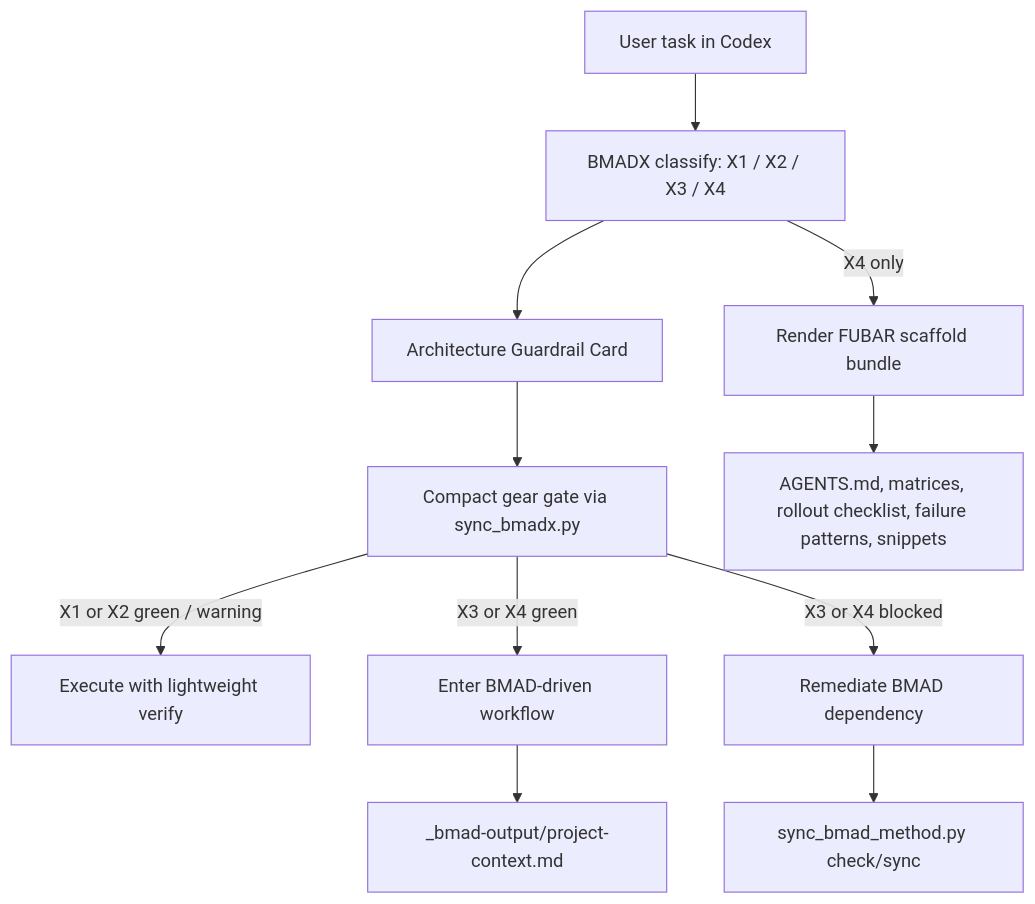
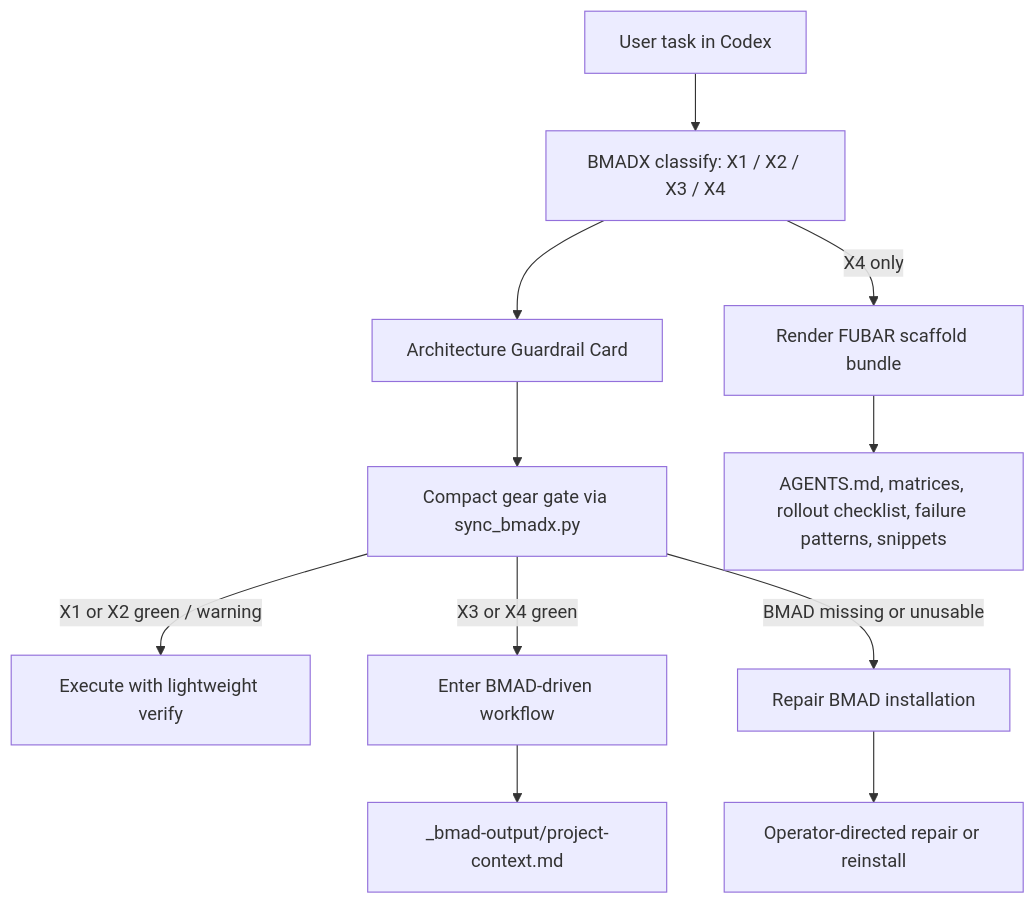
One commit to pdurlej/BMADX changed the diagram in docs/architecture.md. Above: the diagram before and after it, drawn with Mermaid. The commit also changed other lines of this file and 12 other files, not shown here.

First line of the commit message:
Make BMAD dependency preflight read-only (#9)

````diff
--- a/docs/architecture.md
+++ b/docs/architecture.md
@@ -21,13 +21,13 @@
 ```mermaid
 flowchart TD
     U["User task in Codex"] --> C["BMADX classify: X1 / X2 / X3 / X4"]
     C --> AC["Architecture Guardrail Card"]
     AC --> G["Compact gear gate via sync_bmadx.py"]
     G -->|X1 or X2 green / warning| E["Execute with lightweight verify"]
     G -->|X3 or X4 green| B["Enter BMAD-driven workflow"]
-    G -->|X3 or X4 blocked| R["Remediate BMAD dependency"]
+    G -->|BMAD missing or unusable| R["Repair BMAD installation"]
     B --> P["_bmad-output/project-context.md"]
     C -->|X4 only| F["Render FUBAR scaffold bundle"]
     F --> A["AGENTS.md, matrices, rollout checklist, failure patterns, snippets"]
-    R --> D["sync_bmad_method.py check/sync"]
+    R --> D["Operator-directed repair or reinstall"]
 ```
````
